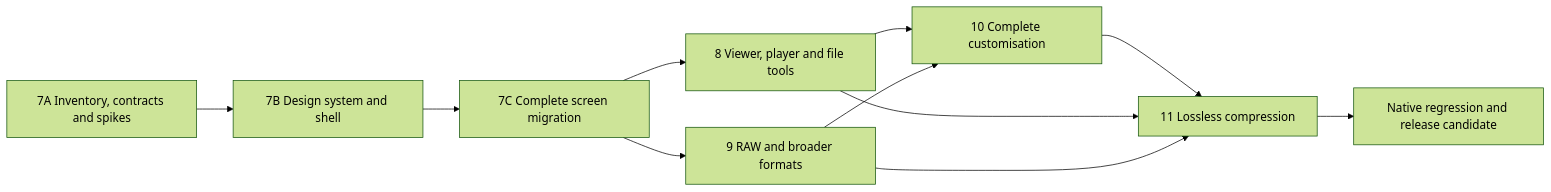
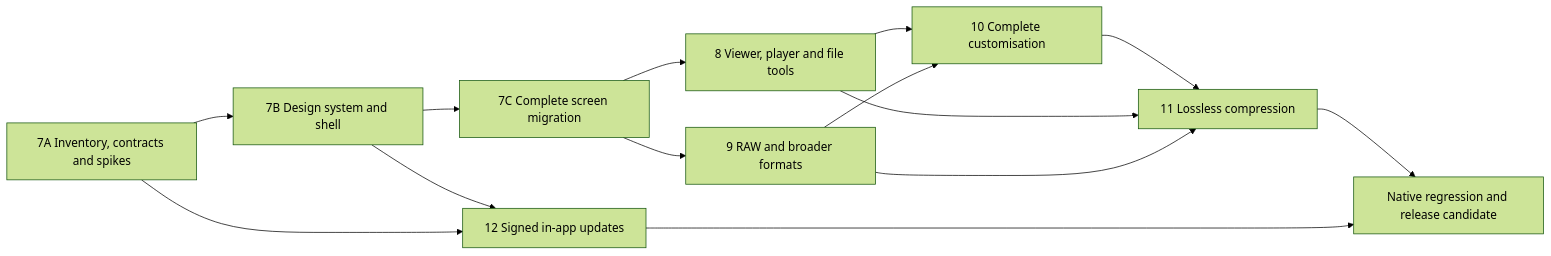
The diagram in docs/next-development-plan-2026-10-04.md (awaisjameel/lumen), drawn with Mermaid (forest theme) before and after one commit. The commit also changed other lines of this file and 4 other files, not shown here.

````diff
--- a/docs/next-development-plan-2026-10-04.md
+++ b/docs/next-development-plan-2026-10-04.md
@@ -376,13 +408,16 @@
 ```mermaid
 flowchart LR
     A[7A Inventory, contracts and spikes] --> B[7B Design system and shell]
     B --> C[7C Complete screen migration]
     C --> D[8 Viewer, player and file tools]
     C --> E[9 RAW and broader formats]
     D --> F[10 Complete customisation]
     E --> F
     F --> H[11 Lossless compression]
     D --> H
     E --> H
+    B --> I[12 Signed in-app updates]
+    A --> I
     H --> G[Native regression and release candidate]
+    I --> G
 ```
````
